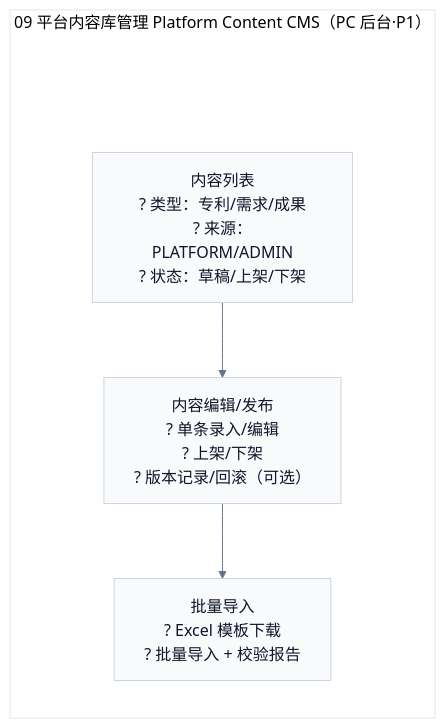
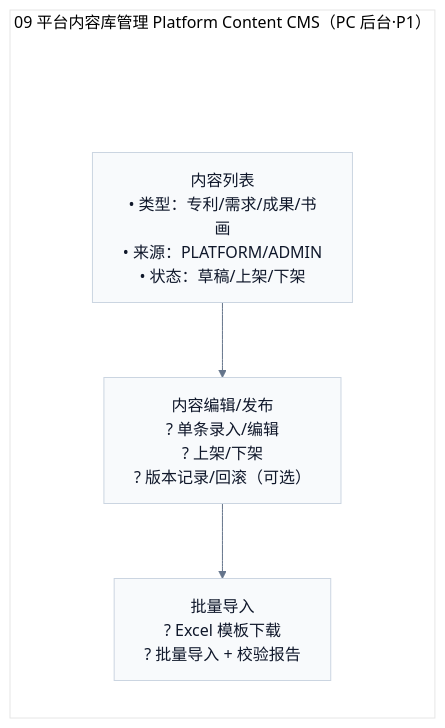
One commit to Ming-1984/Ipmoney changed the diagram in docs/demo/pages/admin/09-platform-cms.mmd. Above: the diagram before and after it, drawn with Mermaid. The commit also changed 176 other files, not shown here.

Commit message:
Add SVG diagram for requirements phase summary with detailed flowchart representation

```diff
--- a/docs/demo/pages/admin/09-platform-cms.mmd
+++ b/docs/demo/pages/admin/09-platform-cms.mmd
@@ -1,14 +1,14 @@
 %%{init: {'theme':'base','flowchart': {'htmlLabels': true},'themeVariables': {'fontFamily': 'Inter, Microsoft YaHei, sans-serif','lineColor':'#64748B','primaryTextColor':'#0F172A','primaryBorderColor':'#CBD5E1','primaryColor':'#F8FAFC'}}}%%
 flowchart TB
   subgraph P["09 平台内容库管理 Platform Content CMS（PC 后台·P1）"]
     direction TB
     Pad[" "]:::pad
-    List["内容列表<br/>? 类型：专利/需求/成果<br/>? 来源：PLATFORM/ADMIN<br/>? 状态：草稿/上架/下架"]
+    List["内容列表<br/>• 类型：专利/需求/成果/书画<br/>• 来源：PLATFORM/ADMIN<br/>• 状态：草稿/上架/下架"]
     Edit["内容编辑/发布<br/>? 单条录入/编辑<br/>? 上架/下架<br/>? 版本记录/回滚（可选）"]
     Import["批量导入<br/>? Excel 模板下载<br/>? 批量导入 + 校验报告"]
     Pad --> List
     List --> Edit --> Import
   end
 
   classDef pad fill:transparent,stroke:transparent,color:transparent;
   linkStyle 0 stroke:transparent,fill:transparent;
```
